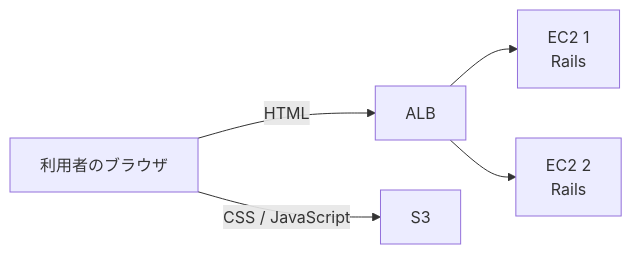
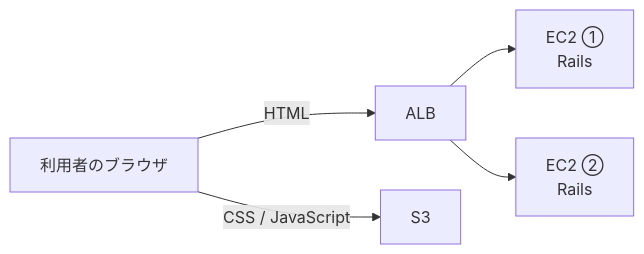
One commit to TORIFUKUKaiou/rails-dojo-year2-content changed the diagram in 12/stretch.md. Above: the diagram before and after it, drawn with Mermaid. The commit also changed other lines of this file and 1 other file, not shown here.

Commit message:
Wording updates for Rails start checks and EC2 labels in week 12

````diff
--- a/12/stretch.md
+++ b/12/stretch.md
@@ -9,7 +9,7 @@
 ```mermaid
 flowchart LR
   U["利用者のブラウザ"] -->|"HTML"| ALB["ALB"]
-  ALB --> EC21["EC2 1<br>Rails"]
-  ALB --> EC22["EC2 2<br>Rails"]
+  ALB --> EC21["EC2 ①<br>Rails"]
+  ALB --> EC22["EC2 ②<br>Rails"]
   U -->|"CSS / JavaScript"| S3["S3"]
 ```
````
